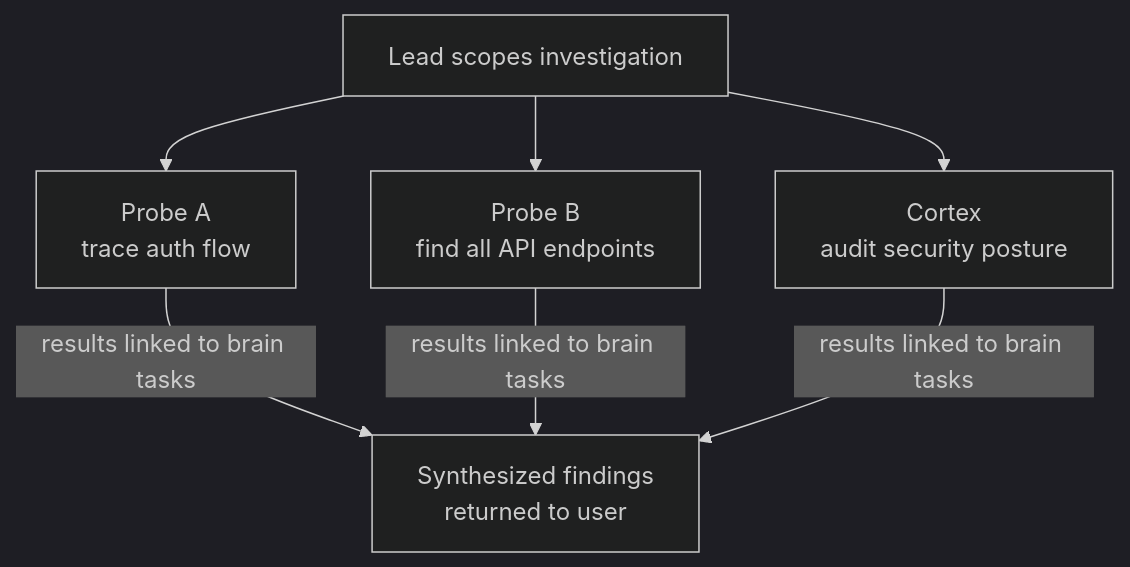
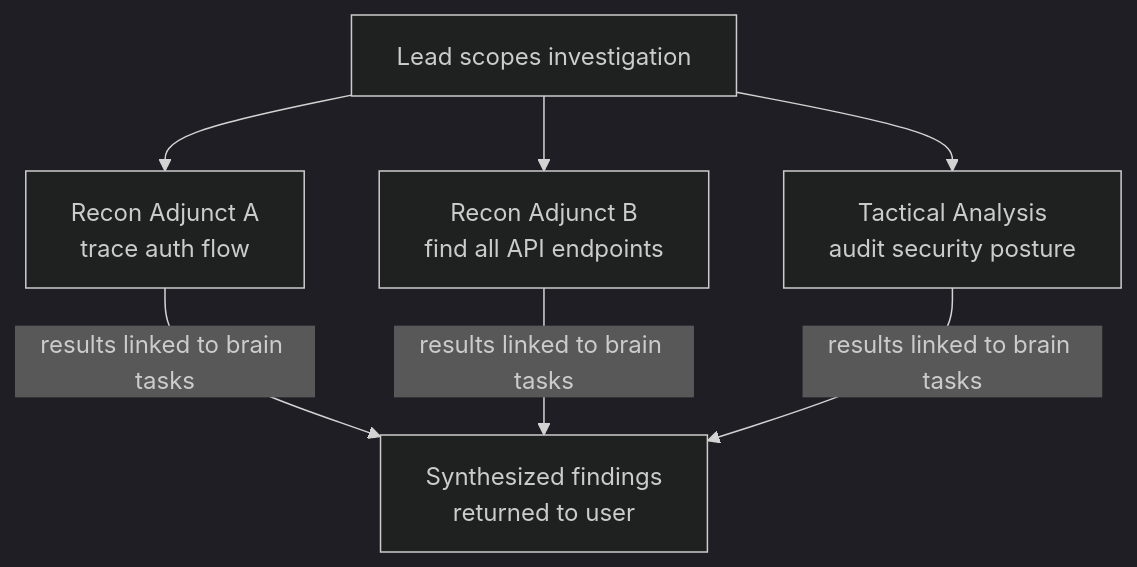
One commit to benediktms/unimatrix changed the seventh of 10 diagrams in README.md. Above: the diagram before and after it, drawn with Mermaid (dark theme). The commit also changed other lines of this file and 1 other file, not shown here.

````diff
--- a/README.md
+++ b/README.md
@@ -262,8 +305,8 @@
 ```mermaid
 flowchart TD
-    Lead["Lead scopes investigation"] --> ProbeA & ProbeB & Cortex
-    ProbeA["Probe A<br/>trace auth flow"]
-    ProbeB["Probe B<br/>find all API endpoints"]
-    Cortex["Cortex<br/>audit security posture"]
-    ProbeA & ProbeB & Cortex -->|results linked to brain tasks| Synthesis["Synthesized findings<br/>returned to user"]
+    Lead["Lead scopes investigation"] --> R1 & R2 & TA
+    R1["Recon Adjunct A<br/>trace auth flow"]
+    R2["Recon Adjunct B<br/>find all API endpoints"]
+    TA["Tactical Analysis<br/>audit security posture"]
+    R1 & R2 & TA -->|results linked to brain tasks| Synthesis["Synthesized findings<br/>returned to user"]
 ```
````
